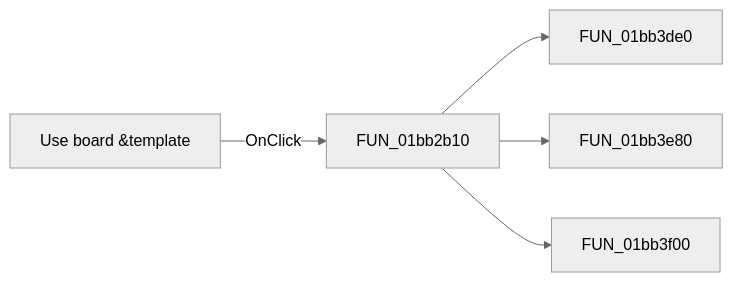
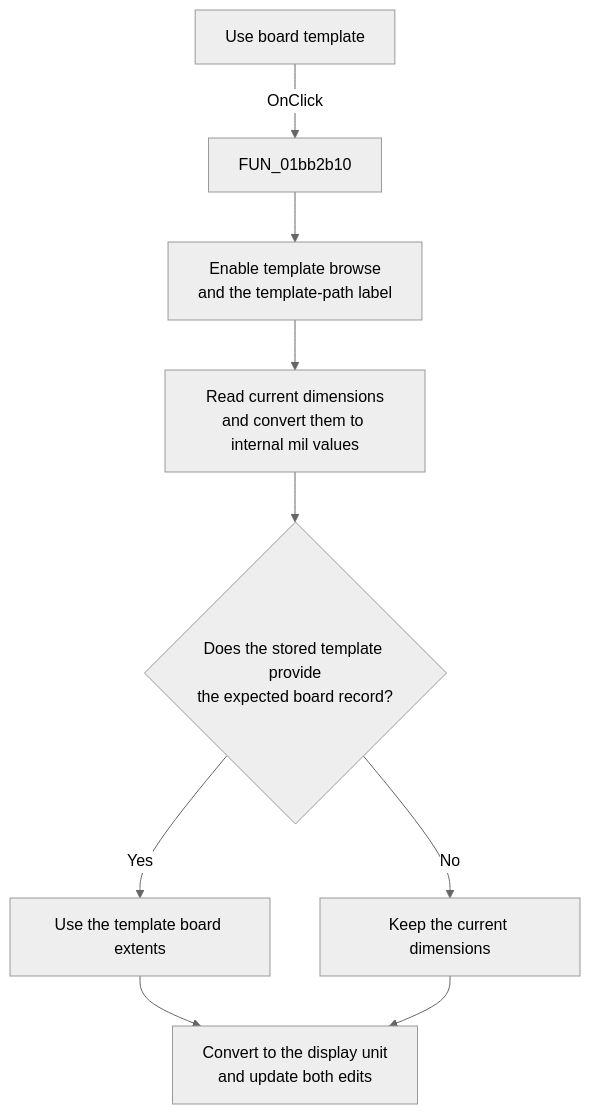
One commit to MovGP0/TIARA changed the diagram in docs/ui-controls/pcbwizard/rbtemplate-29c2468d01.md. Above: the diagram before and after it, drawn with Mermaid (neutral theme). The commit also changed other lines of this file and 1062 other files, not shown here.

````diff
--- a/docs/ui-controls/pcbwizard/rbtemplate-29c2468d01.md
+++ b/docs/ui-controls/pcbwizard/rbtemplate-29c2468d01.md
@@ -27,7 +31,11 @@
 ```mermaid
-flowchart LR
-    control["Use board &template"] -->|OnClick| handler["FUN_01bb2b10"]
-    handler --> call1["FUN_01bb3de0"]
-    handler --> call2["FUN_01bb3e80"]
-    handler --> call3["FUN_01bb3f00"]
+flowchart TD
+    control["Use board template"] -->|OnClick| handler["FUN_01bb2b10"]
+    handler --> enable["Enable template browse<br/>and the template-path label"]
+    enable --> fallback["Read current dimensions<br/>and convert them to internal mil values"]
+    fallback --> parse{"Does the stored template provide<br/>the expected board record?"}
+    parse -->|Yes| template["Use the template board extents"]
+    parse -->|No| keep["Keep the current dimensions"]
+    template --> display["Convert to the display unit<br/>and update both edits"]
+    keep --> display
 ```
````
